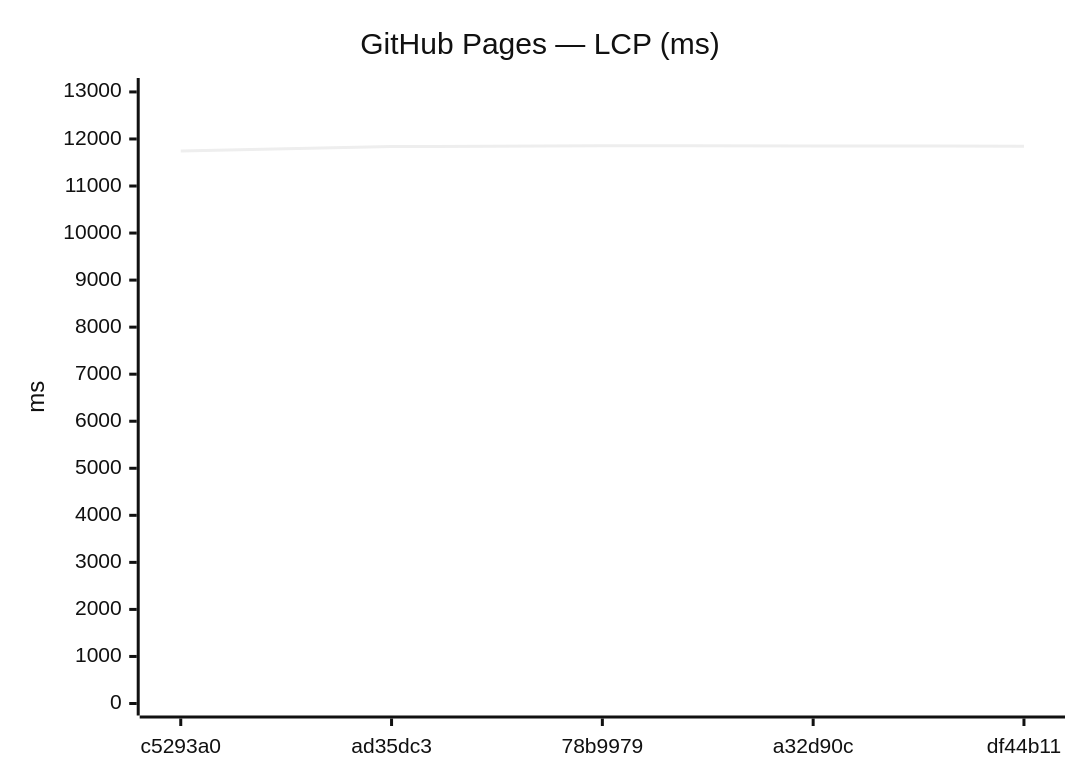
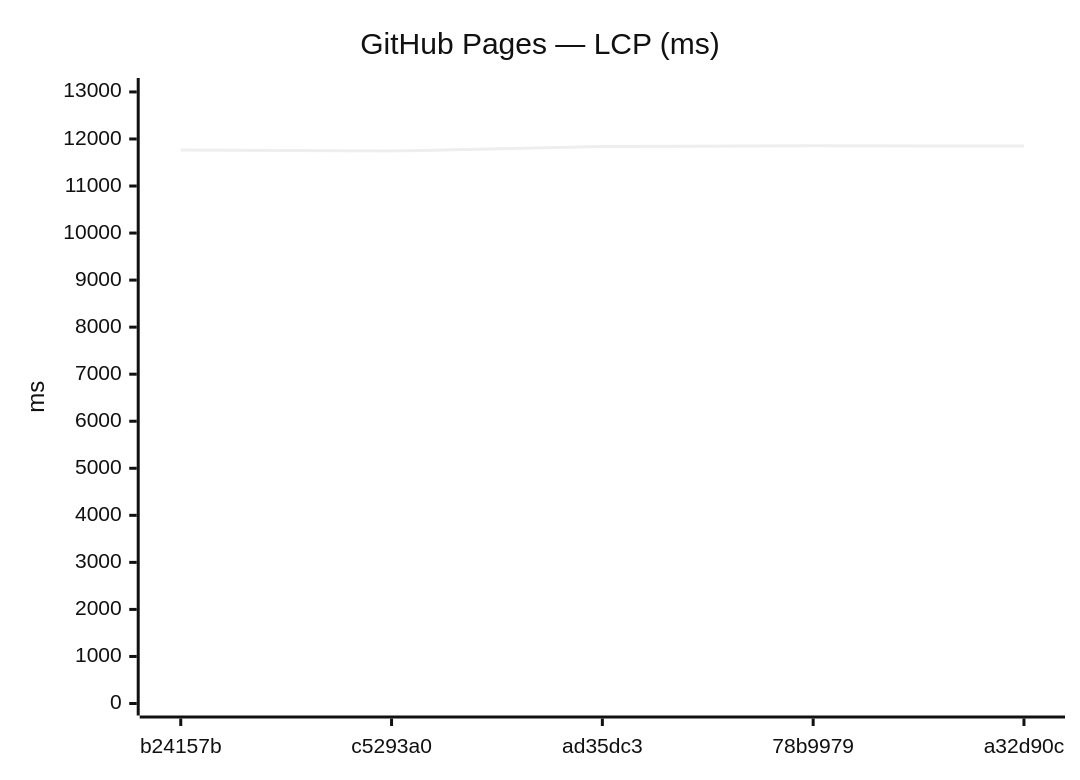
Before and after one commit to Metaheurist/Rianell: diagram 11 of 24 in benchmarks/compare.md, drawn with Mermaid (neutral theme). The commit also changed other lines of this file and 14 other files, not shown here.

````diff
--- a/benchmarks/compare.md
+++ b/benchmarks/compare.md
@@ -169,7 +169,7 @@
 ```mermaid
 xychart-beta
     title "GitHub Pages — LCP (ms)"
-    x-axis ["c5293a0", "ad35dc3", "78b9979", "a32d90c", "df44b11"]
+    x-axis ["b24157b", "c5293a0", "ad35dc3", "78b9979", "a32d90c"]
     y-axis "ms" 0 --> 13041
-    line [11742, 11838, 11855, 11852, 11847]
+    line [11768, 11742, 11838, 11855, 11852]
 ```
````
